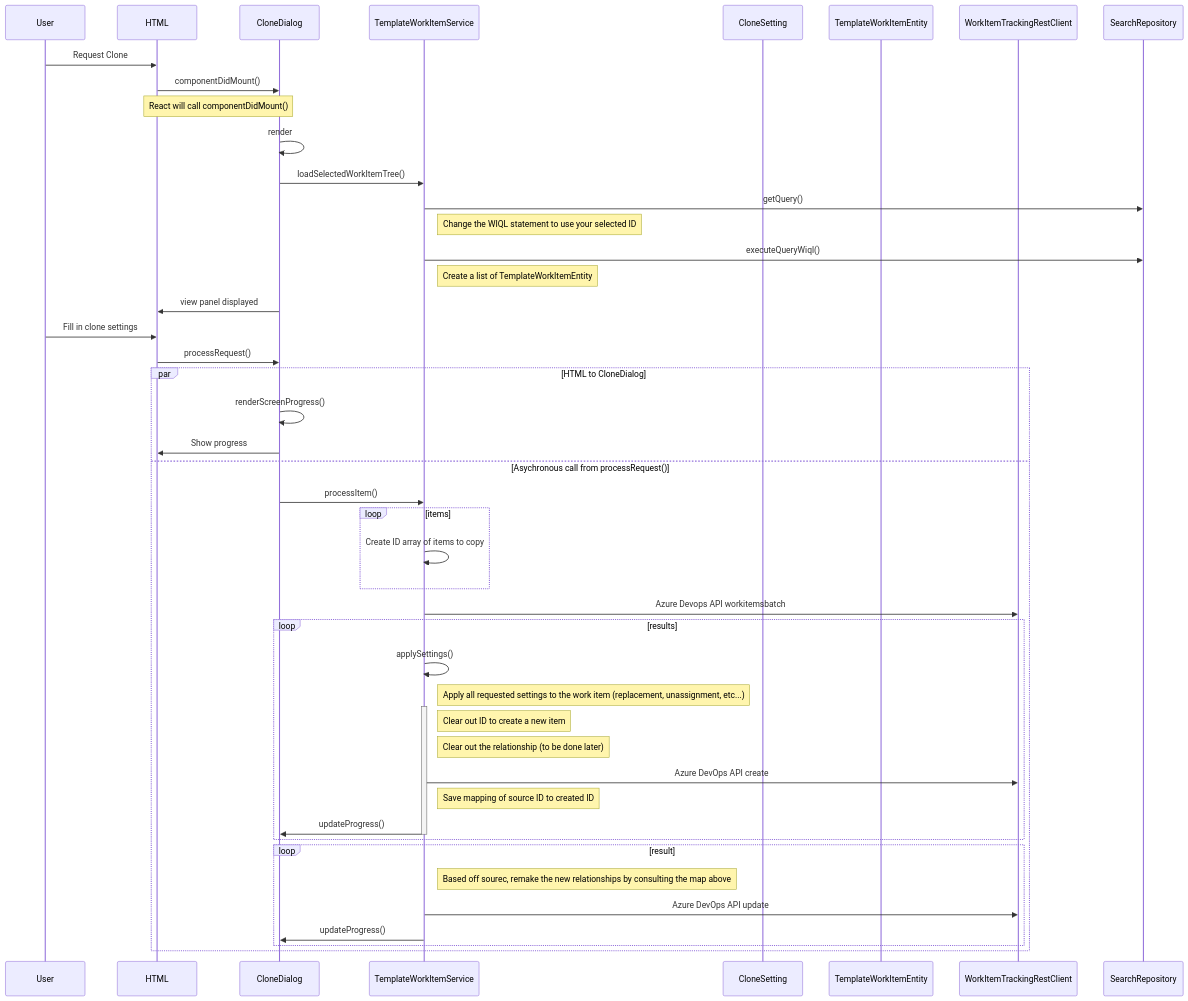
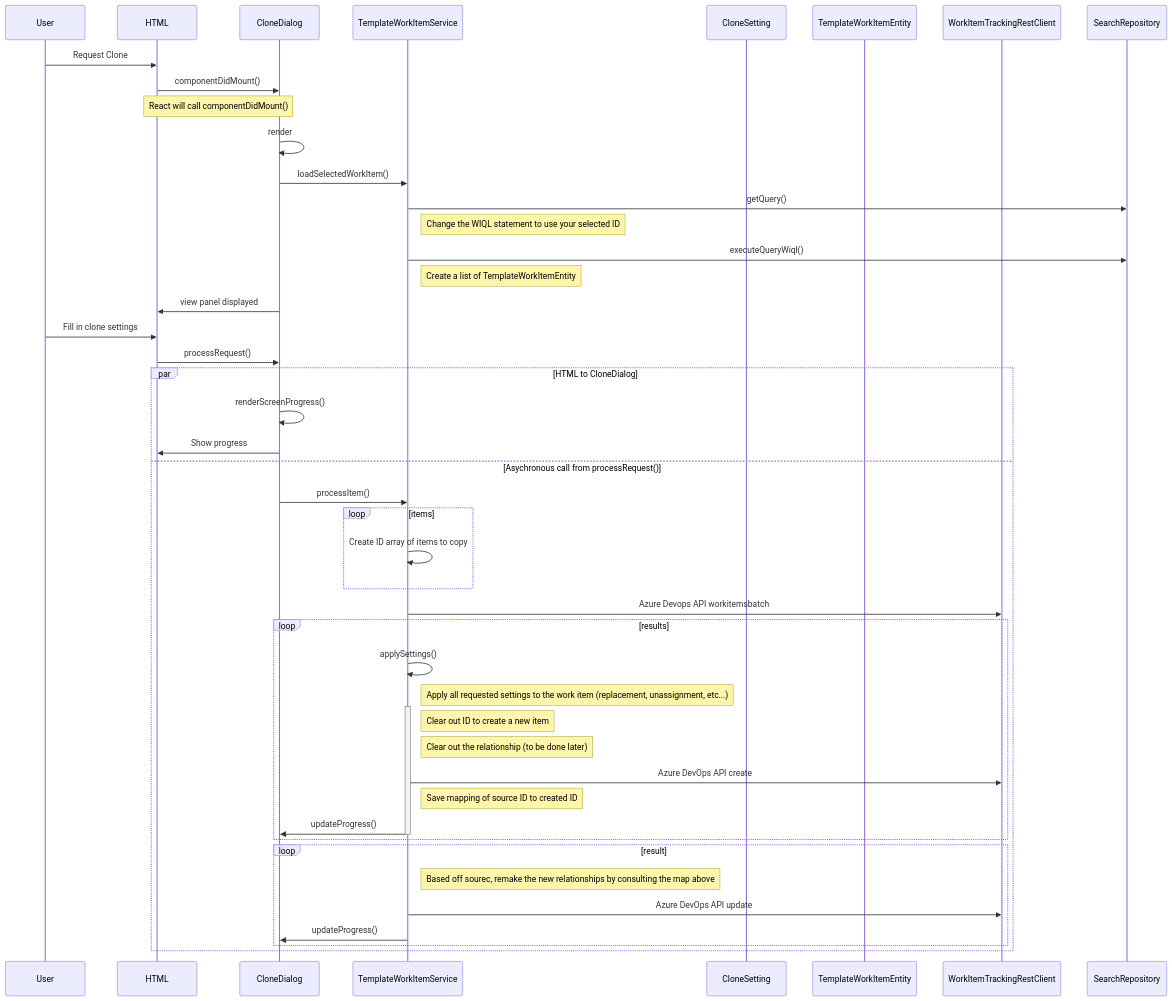
Before and after one commit to sara-sabr/rp-azuredevops-templater: the second of 2 diagrams in documentation/diagrams.md, drawn with Mermaid. The commit also changed 1 other file, not shown here.

Commit message:
updated UML Diagrams

````diff
--- a/documentation/diagrams.md
+++ b/documentation/diagrams.md
@@ -63,51 +63,51 @@
 ```mermaid
 sequenceDiagram
     participant User
     participant HTML
     participant CloneDialog
     participant TemplateWorkItemService
     participant CloneSetting
     participant TemplateWorkItemEntity
     participant WorkItemTrackingRestClient 
     participant SearchRepository
 
     User->>HTML: Request Clone
     HTML->>CloneDialog: componentDidMount()
     Note over HTML,CloneDialog: React will call componentDidMount()
     CloneDialog->>CloneDialog: render
-    CloneDialog->>TemplateWorkItemService: loadSelectedWorkItemTree()
+    CloneDialog->>TemplateWorkItemService: loadSelectedWorkItem()
     TemplateWorkItemService->>SearchRepository: getQuery()
     Note right of TemplateWorkItemService: Change the WIQL statement to use your selected ID
     TemplateWorkItemService->>SearchRepository:executeQueryWiql() 
     Note right of TemplateWorkItemService: Create a list of TemplateWorkItemEntity    
     CloneDialog->>HTML: view panel displayed
     User->>HTML: Fill in clone settings
     HTML->>CloneDialog:processRequest()
     par HTML to CloneDialog
       CloneDialog->>CloneDialog: renderScreenProgress()
       CloneDialog->>HTML: Show progress    
     and Asychronous call from processRequest()
       CloneDialog->>TemplateWorkItemService: processItem()
         loop items
           TemplateWorkItemService->>TemplateWorkItemService: Create ID array of items to copy
         end
         TemplateWorkItemService->>WorkItemTrackingRestClient: Azure Devops API workitemsbatch
         loop results
           TemplateWorkItemService->>TemplateWorkItemService: applySettings()
           Note right of TemplateWorkItemService: Apply all requested settings to the work item (replacement, unassignment, etc...)
           activate TemplateWorkItemService        
           Note right of TemplateWorkItemService: Clear out ID to create a new item
           Note right of TemplateWorkItemService: Clear out the relationship (to be done later)
           TemplateWorkItemService->>WorkItemTrackingRestClient: Azure DevOps API create
           Note right of TemplateWorkItemService: Save mapping of source ID to created ID
           TemplateWorkItemService->>CloneDialog: updateProgress()
           deactivate TemplateWorkItemService
         end
         loop result
           Note right of TemplateWorkItemService: Based off sourec, remake the new relationships by consulting the map above
           TemplateWorkItemService->>WorkItemTrackingRestClient: Azure DevOps API update
           TemplateWorkItemService->>CloneDialog: updateProgress()
         end                                
     end
     
 ```
````
